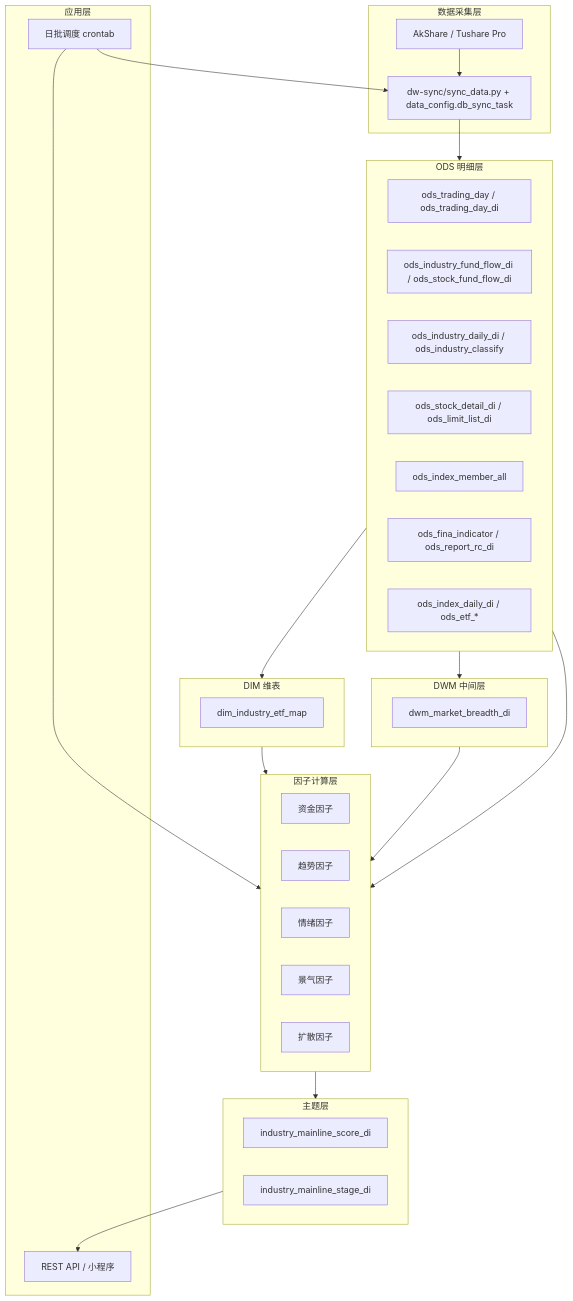
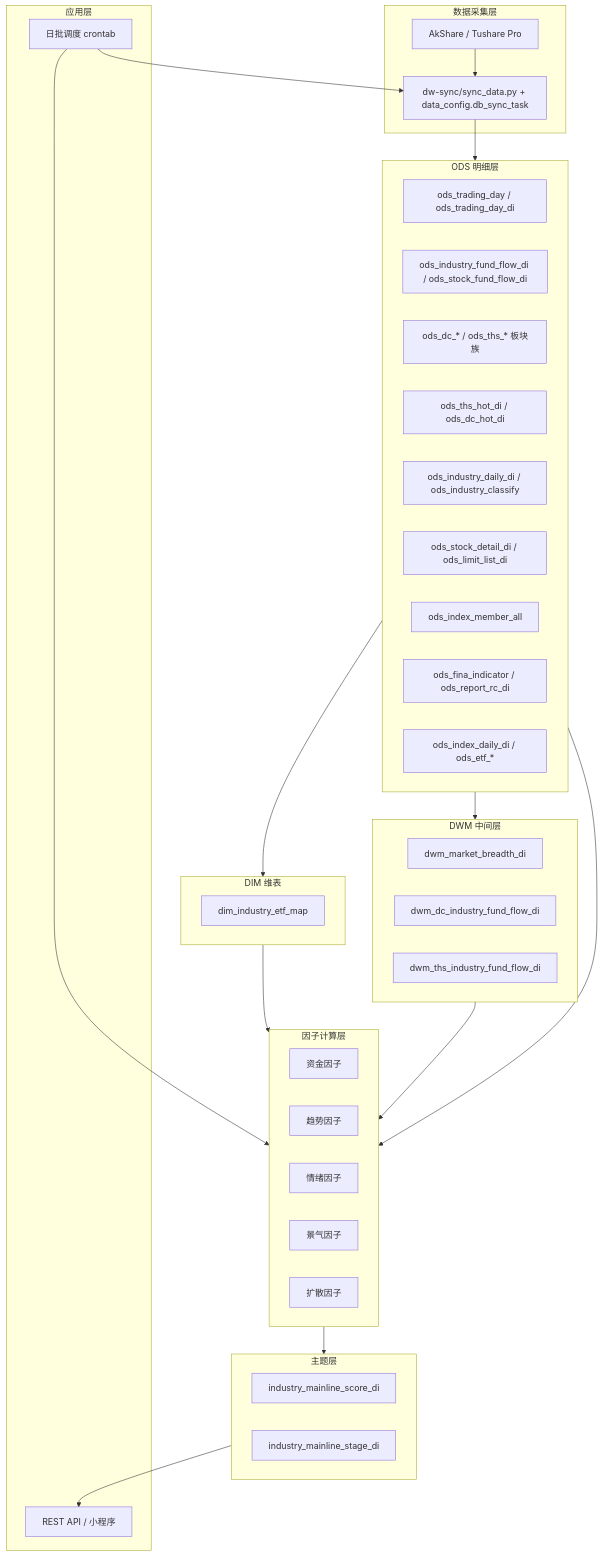
The first of 2 diagrams in 需求整理/需求1-主线板块确认-技术文档.md (jinlujie111/stock_data), drawn with Mermaid before and after one commit. The commit also changed other lines of this file and 3 other files, not shown here.

````diff
--- a/需求整理/需求1-主线板块确认-技术文档.md
+++ b/需求整理/需求1-主线板块确认-技术文档.md
@@ -11,47 +11,51 @@
 ```mermaid
 flowchart TB
     subgraph ingest [数据采集层]
         AK[AkShare / Tushare Pro]
         SYNC[dw-sync/sync_data.py + data_config.db_sync_task]
     end
     subgraph ods [ODS 明细层]
         T0[ods_trading_day / ods_trading_day_di]
         T1[ods_industry_fund_flow_di / ods_stock_fund_flow_di]
+        T1b[ods_dc_* / ods_ths_* 板块族]
+        T1c[ods_ths_hot_di / ods_dc_hot_di]
         T2[ods_industry_daily_di / ods_industry_classify]
         T3[ods_stock_detail_di / ods_limit_list_di]
         T4[ods_index_member_all]
         T5[ods_fina_indicator / ods_report_rc_di]
         T6[ods_index_daily_di / ods_etf_*]
     end
     subgraph dwm [DWM 中间层]
         T7[dwm_market_breadth_di]
+        T8[dwm_dc_industry_fund_flow_di]
+        T9[dwm_ths_industry_fund_flow_di]
     end
     subgraph dim [DIM 维表]
         D1[dim_industry_etf_map]
     end
     subgraph dwd [因子计算层]
         F1[资金因子]
         F2[趋势因子]
         F3[情绪因子]
         F4[景气因子]
         F5[扩散因子]
     end
     subgraph dm [主题层]
         SC[industry_mainline_score_di]
         ST[industry_mainline_stage_di]
     end
     subgraph app [应用层]
         API[REST API / 小程序]
         JOB[日批调度 crontab]
     end
     AK --> SYNC --> ods
     ods --> dim
     ods --> dwm
     dim --> dwd
     dwm --> dwd
     ods --> dwd
     dwd --> dm
     dm --> API
     JOB --> SYNC
     JOB --> dwd
 ```
````
